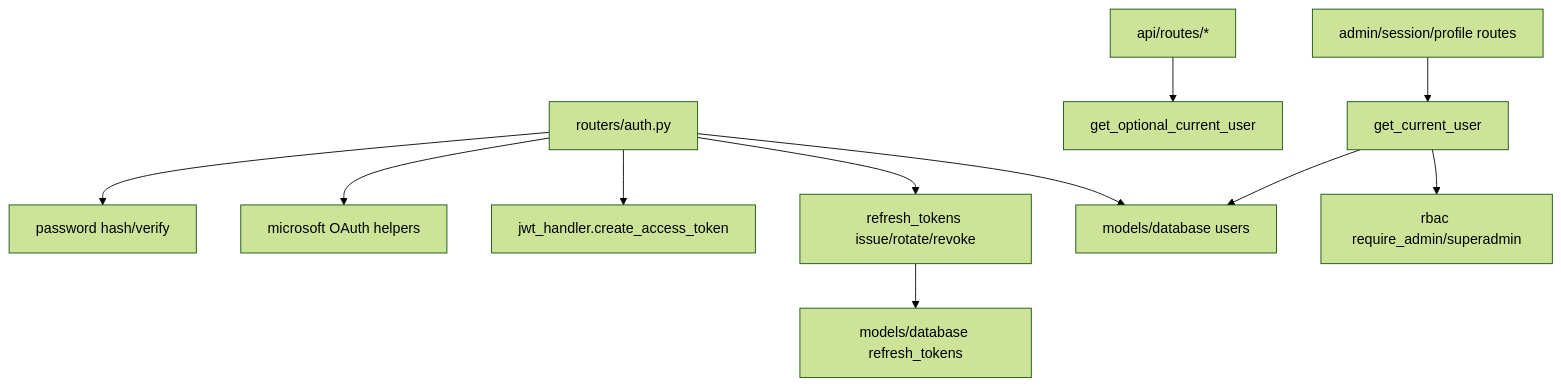
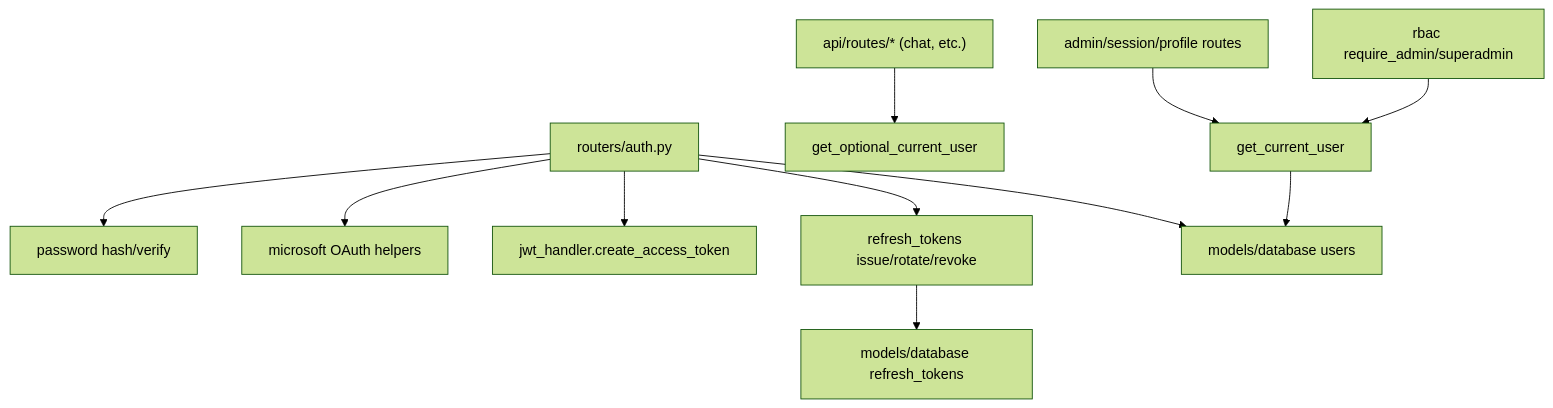
Before and after one commit to hoainam183/GR: the diagram in src/RAG_v2/auth/MODULE.md, drawn with Mermaid (forest theme). The commit also changed other lines of this file and 50 other files, not shown here.

````diff
--- a/src/RAG_v2/auth/MODULE.md
+++ b/src/RAG_v2/auth/MODULE.md
@@ -95,13 +122,13 @@
 ```mermaid
 flowchart TD
   AuthRouter["routers/auth.py"] --> Password["password hash/verify"]
   AuthRouter --> OAuth["microsoft OAuth helpers"]
   AuthRouter --> JWTCreate["jwt_handler.create_access_token"]
   AuthRouter --> Refresh["refresh_tokens issue/rotate/revoke"]
   Refresh --> MongoRefresh["models/database refresh_tokens"]
   AuthRouter --> Users["models/database users"]
-  ClientRoutes["api/routes/*"] --> OptionalUser["get_optional_current_user"]
+  ClientRoutes["api/routes/* (chat, etc.)"] --> OptionalUser["get_optional_current_user"]
   ProtectedRoutes["admin/session/profile routes"] --> CurrentUser["get_current_user"]
+  RBAC["rbac require_admin/superadmin"] --> CurrentUser
   CurrentUser --> Users
-  CurrentUser --> RBAC["rbac require_admin/superadmin"]
 ```
````
